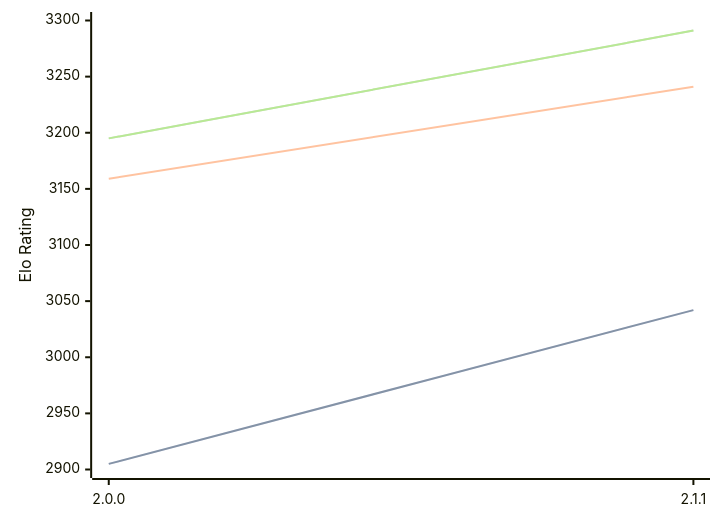
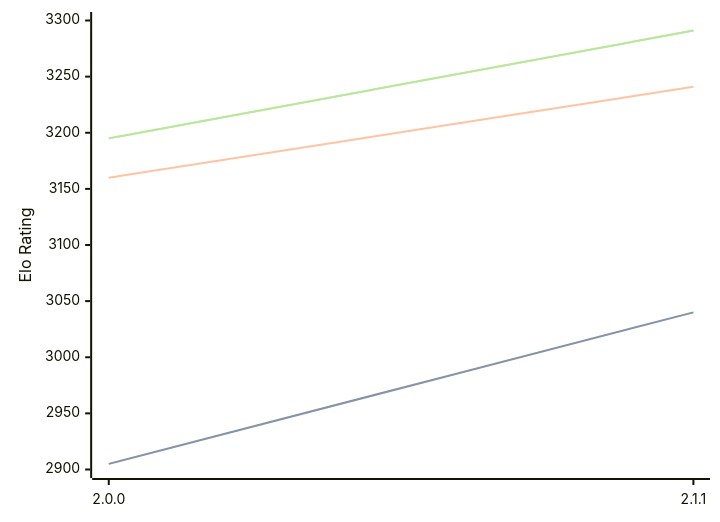
One commit to computer-chess-index/cci changed the diagram in engines/Bread.md. Above: the diagram before and after it, drawn with Mermaid. The commit also changed other lines of this file, not shown here.

Commit message:
Update CCI Ratings (ELO VLTC) - 2026-02-22

````diff
--- a/engines/Bread.md
+++ b/engines/Bread.md
@@ -47,11 +47,11 @@
 ```mermaid
 %%{init: {"theme":"base","themeVariables":{"seriesColors:['#a3a3a3','#222221','#faa371']}}}%%
 xychart-beta
   x-axis ["2.0.0", "2.1.1"]
   y-axis "Elo Rating" 2900 --> 3300
-  line "STC (8.0+0.08s)" [2905, 3042]
-  line "STC (8.0+0.08s)" [2905, 3042]
-  line "LTC (60.0+0.60s)" [3159, 3241]
+  line "STC (8.0+0.08s)" [2905, 3040]
+  line "STC (8.0+0.08s)" [2905, 3040]
+  line "LTC (60.0+0.60s)" [3160, 3241]
   line "VLTC (2m24s+1.12s)" [3195, 3291]
   line "VLTC (2m24s+1.12s)" [3195, 3291]
 ```
````
